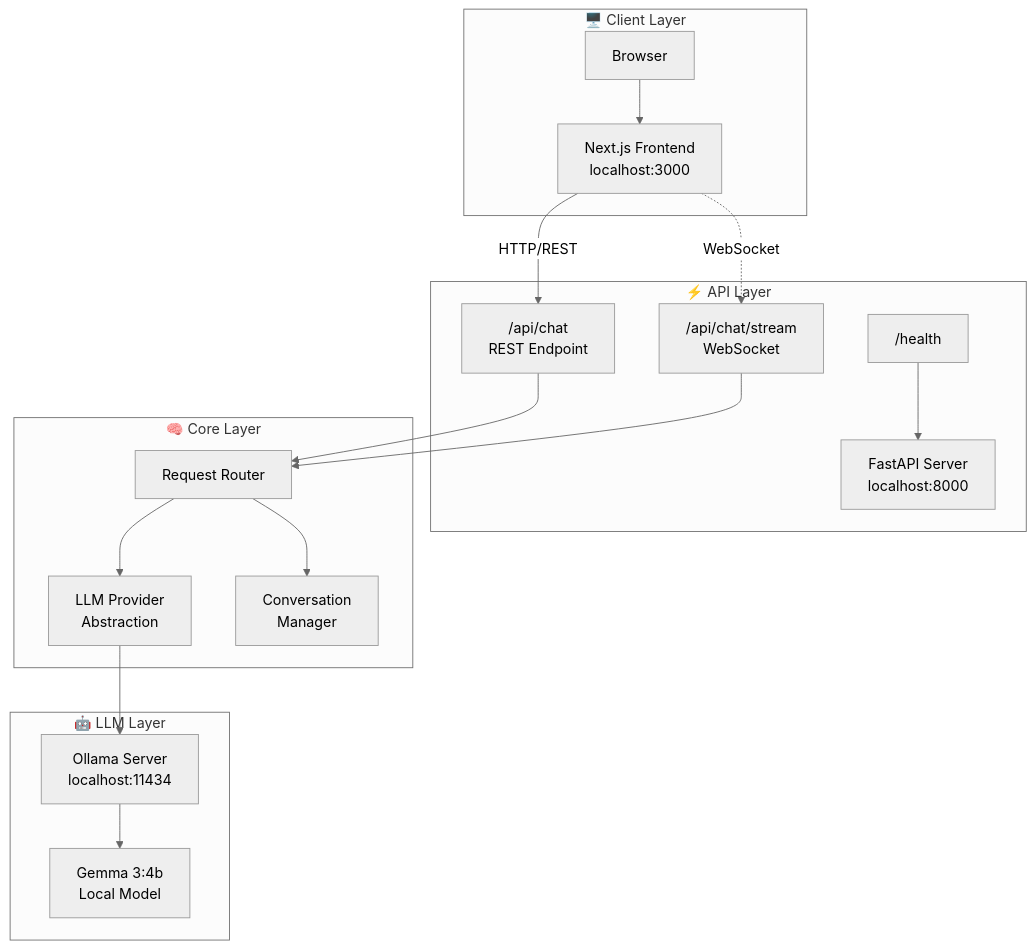
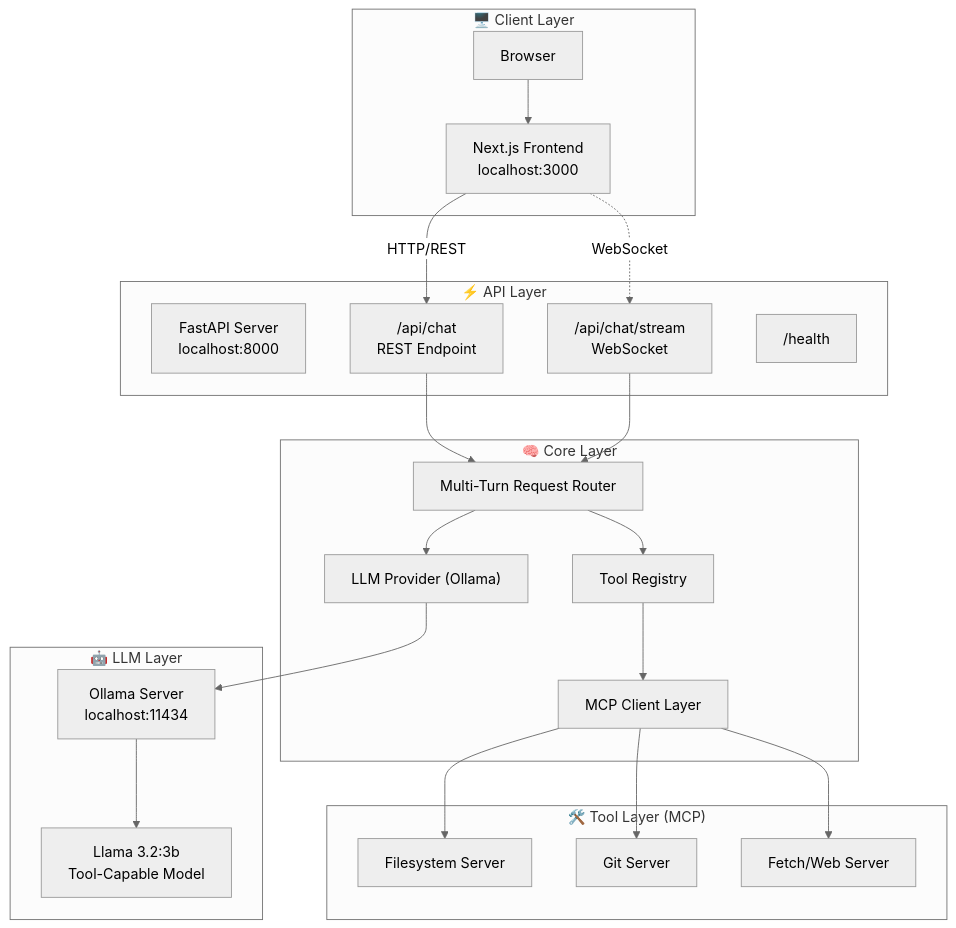
Before and after one commit to Manthya/chatbot-ai-systems-production: the first of 4 diagrams in README.md, drawn with Mermaid (neutral theme). The commit also changed other lines of this file and 17 other files, not shown here.

````diff
--- a/README.md
+++ b/README.md
@@ -74,36 +72,46 @@
 ```mermaid
 flowchart TB
     subgraph Client["🖥️ Client Layer"]
         Browser["Browser"]
         UI["Next.js Frontend<br/>localhost:3000"]
     end
     
     subgraph API["⚡ API Layer"]
         FastAPI["FastAPI Server<br/>localhost:8000"]
         REST["/api/chat<br/>REST Endpoint"]
         WS["/api/chat/stream<br/>WebSocket"]
         Health["/health"]
     end
     
     subgraph Core["🧠 Core Layer"]
-        Router["Request Router"]
-        Provider["LLM Provider<br/>Abstraction"]
-        ConvMgr["Conversation<br/>Manager"]
+        Router["Multi-Turn Request Router"]
+        Provider["LLM Provider (Ollama)"]
+        Registry["Tool Registry"]
+        MCPClient["MCP Client Layer"]
+    end
+    
+    subgraph Tools["🛠️ Tool Layer (MCP)"]
+        FS["Filesystem Server"]
+        Git["Git Server"]
+        Fetch["Fetch/Web Server"]
     end
     
     subgraph LLM["🤖 LLM Layer"]
         Ollama["Ollama Server<br/>localhost:11434"]
-        Model["Gemma 3:4b<br/>Local Model"]
+        Model["Llama 3.2:3b<br/>Tool-Capable Model"]
     end
     
     Browser --> UI
     UI -->|HTTP/REST| REST
     UI -.->|WebSocket| WS
     REST --> Router
     WS --> Router
-    Health --> FastAPI
     Router --> Provider
-    Router --> ConvMgr
+    Router --> Registry
     Provider --> Ollama
     Ollama --> Model
+    Registry --> MCPClient
+    MCPClient --> FS
+    MCPClient --> Git
+    MCPClient --> Fetch
 ```
````
